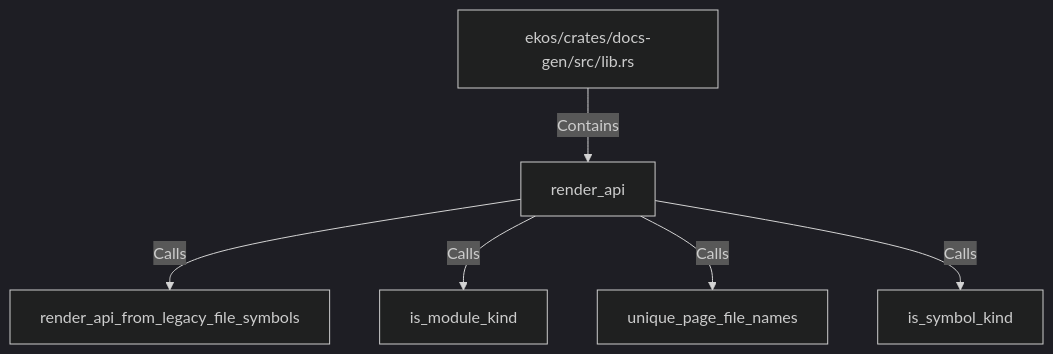
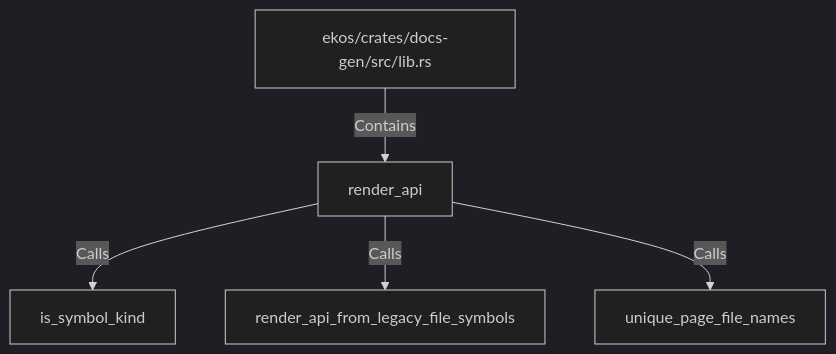
Before and after one commit to alexeyban/EKOS: the diagram in doc/entities/rustsymbol/re/render-api.md, drawn with Mermaid (dark theme). The commit also changed other lines of this file and 552 other files, not shown here.

````diff
--- a/doc/entities/rustsymbol/re/render-api.md
+++ b/doc/entities/rustsymbol/re/render-api.md
@@ -24,14 +23,12 @@
 ```mermaid
 graph TD
     n586deb177a7c5503a4df9f4430a3b19f["render_api"]
     n6ca4fba018e559b798767dae72e2ce0e["ekos/crates/docs-gen/src/lib.rs"]
     n6ca4fba018e559b798767dae72e2ce0e -->|Contains| n586deb177a7c5503a4df9f4430a3b19f
+    nc6edd30cc1215dad95d2155f5391c723["is_symbol_kind"]
+    n586deb177a7c5503a4df9f4430a3b19f -->|Calls| nc6edd30cc1215dad95d2155f5391c723
     n7dbba924067b5b9c99759e223d01dc4c["render_api_from_legacy_file_symbols"]
     n586deb177a7c5503a4df9f4430a3b19f -->|Calls| n7dbba924067b5b9c99759e223d01dc4c
-    n849c06fbe0fc585aa181d0ff95b63305["is_module_kind"]
-    n586deb177a7c5503a4df9f4430a3b19f -->|Calls| n849c06fbe0fc585aa181d0ff95b63305
     n136d1c6de6f65cda97d83454bbc0d5e7["unique_page_file_names"]
     n586deb177a7c5503a4df9f4430a3b19f -->|Calls| n136d1c6de6f65cda97d83454bbc0d5e7
-    nc6edd30cc1215dad95d2155f5391c723["is_symbol_kind"]
-    n586deb177a7c5503a4df9f4430a3b19f -->|Calls| nc6edd30cc1215dad95d2155f5391c723
 ```
````
